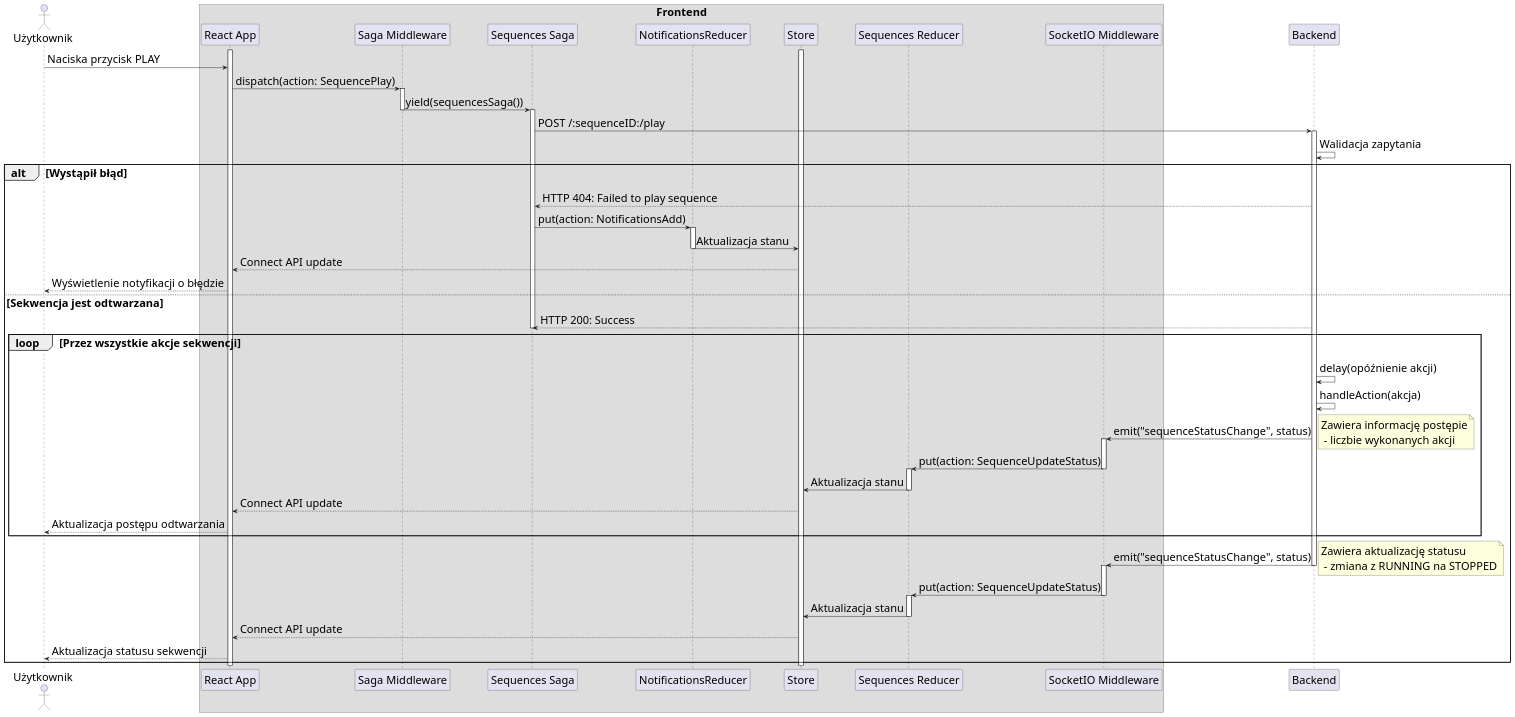
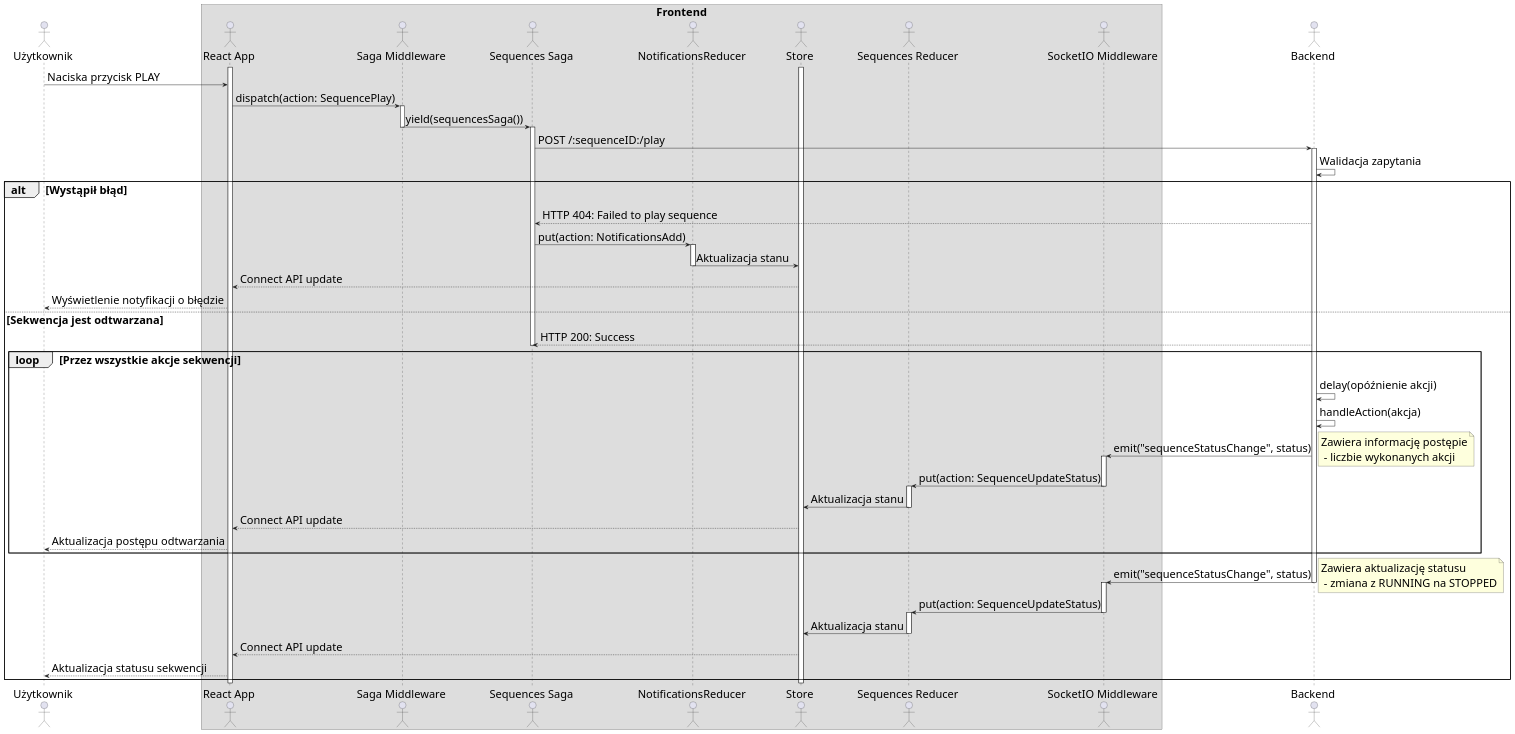
The diagram in uml-diagrams/play-sequence-fe-diagram.puml (pjaspinski/sequences), drawn with PlantUML before and after one commit. The commit also changed 4 other files, not shown here.

Commit message:
Sequence diagrams update

```diff
--- a/uml-diagrams/play-sequence-fe-diagram.puml
+++ b/uml-diagrams/play-sequence-fe-diagram.puml
@@ -1,71 +1,71 @@
 @startuml
 skinparam DefaultFontSize 25
 
 actor Użytkownik as User
 box "Frontend"
-participant "React App" as App
-participant "Saga Middleware" as Saga
-participant "Sequences Saga" as SeqSaga
-participant "NotificationsReducer" as NotiReducer
-participant "Store" as Store
-participant "Sequences Reducer" as SeqReducer
-participant "SocketIO Middleware" as SocketIOM
+actor "React App" as App
+actor "Saga Middleware" as Saga
+actor "Sequences Saga" as SeqSaga
+actor "NotificationsReducer" as NotiReducer
+actor "Store" as Store
+actor "Sequences Reducer" as SeqReducer
+actor "SocketIO Middleware" as SocketIOM
 end box
 
-participant Backend
+actor Backend
 
 activate Store
 activate App
 
 User -> App: Naciska przycisk PLAY
 App -> Saga: dispatch(action: SequencePlay)
 activate Saga
 Saga -> SeqSaga: yield(sequencesSaga())
 deactivate Saga
 activate SeqSaga
 SeqSaga -> Backend: POST /:sequenceID:/play
 activate Backend
 Backend -> Backend: Walidacja zapytania
 
 alt Wystąpił błąd
 Backend --> SeqSaga: HTTP 404: Failed to play sequence
 SeqSaga -> NotiReducer: put(action: NotificationsAdd)
 activate NotiReducer
 NotiReducer -> Store: Aktualizacja stanu
 deactivate NotiReducer
 Store --> App: Connect API update
 App --> User: Wyświetlenie notyfikacji o błędzie
 else Sekwencja jest odtwarzana
 Backend --> SeqSaga: HTTP 200: Success
 deactivate SeqSaga
 
 loop Przez wszystkie akcje sekwencji
 Backend -> Backend: delay(opóźnienie akcji)
 Backend -> Backend: handleAction(akcja)
 Backend -> SocketIOM: emit("sequenceStatusChange", status)
 note right: Zawiera informację postępie\n - liczbie wykonanych akcji 
 activate SocketIOM
 SocketIOM -> SeqReducer: put(action: SequenceUpdateStatus)
 deactivate SocketIOM
 activate SeqReducer
 SeqReducer -> Store: Aktualizacja stanu
 deactivate SeqReducer
 Store --> App: Connect API update
 App --> User: Aktualizacja postępu odtwarzania
 end
 
 Backend -> SocketIOM: emit("sequenceStatusChange", status)
 note right: Zawiera aktualizację statusu\n - zmiana z RUNNING na STOPPED
 deactivate Backend
 activate SocketIOM
 SocketIOM -> SeqReducer: put(action: SequenceUpdateStatus)
 deactivate SocketIOM
 activate SeqReducer
 SeqReducer -> Store: Aktualizacja stanu
 deactivate SeqReducer
 Store --> App: Connect API update
 App --> User: Aktualizacja statusu sekwencji
 
 end
 
 @enduml
```
